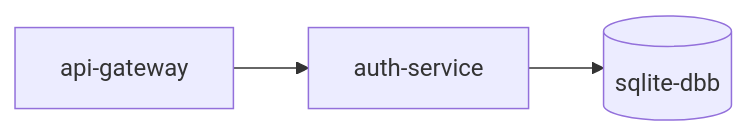
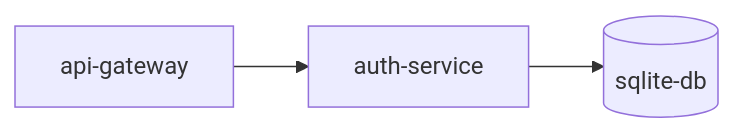
Before and after one commit to oJonasRtz/transcendence: the first of 12 diagrams in final/auth-service/DOCUMENTATION_AUTH_SERVICE.md, drawn with Mermaid.

Commit message:
auth-service fix documentation

````diff
--- a/final/auth-service/DOCUMENTATION_AUTH_SERVICE.md
+++ b/final/auth-service/DOCUMENTATION_AUTH_SERVICE.md
@@ -25,5 +25,5 @@
 ```mermaid
 flowchart LR
   G[api-gateway] --> A[auth-service]
-  A --> DB[(sqlite-dbb)]
+  A --> DB[(sqlite-db)]
 ```
````
